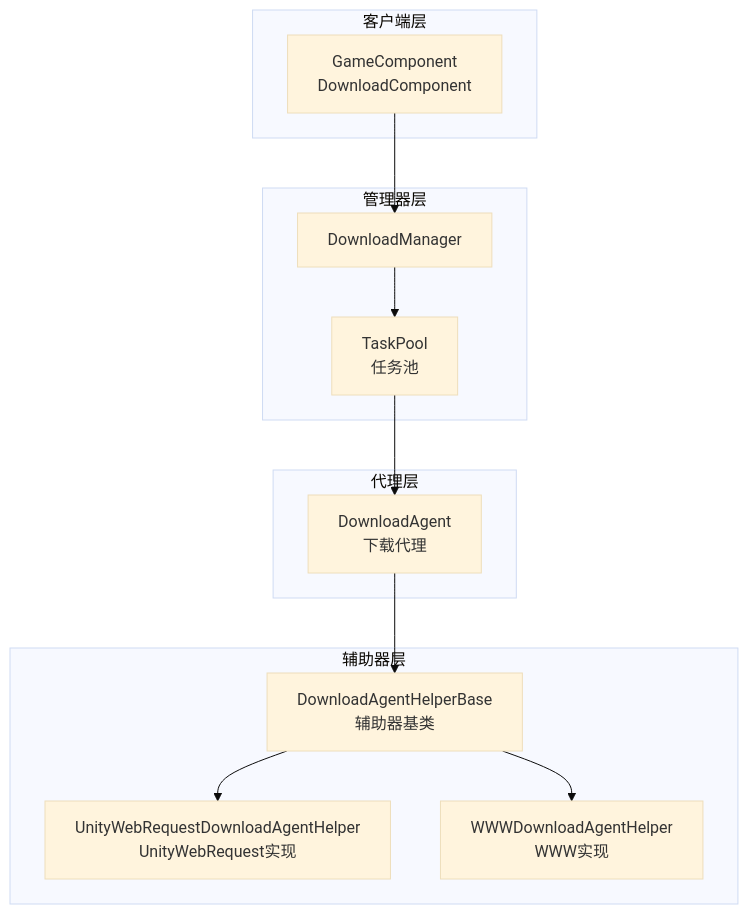
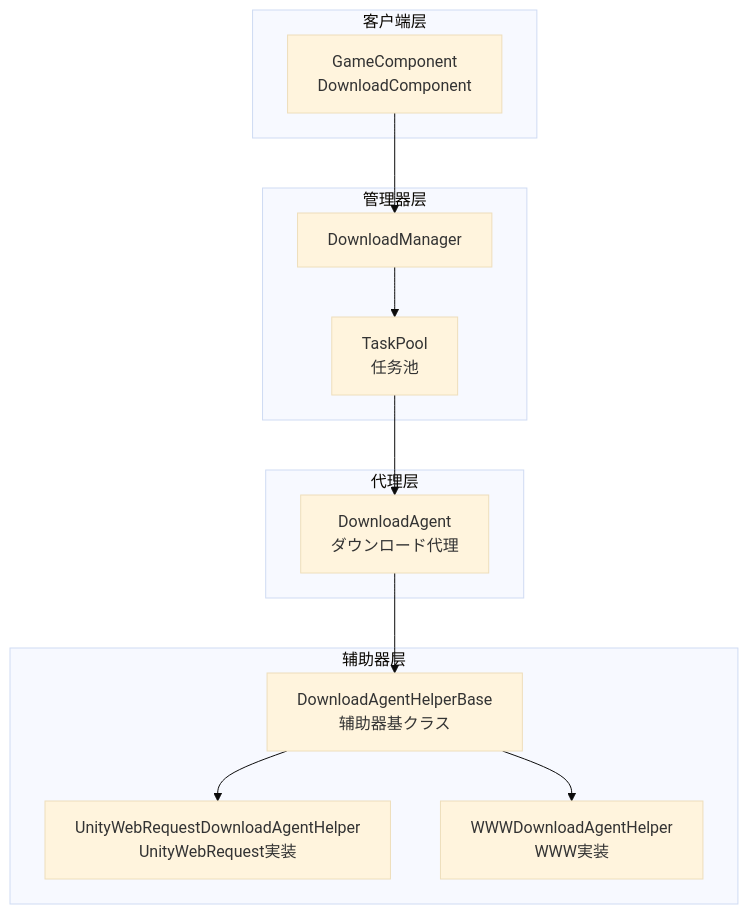
The first of 5 diagrams in docs/ja/client/unity/component/download/05.architecture.md (AlianBlank/GameFrameX.Docs), drawn with Mermaid (base theme) before and after one commit. The commit also changed other lines of this file and 603 other files, not shown here.

````diff
--- a/docs/ja/client/unity/component/download/05.architecture.md
+++ b/docs/ja/client/unity/component/download/05.architecture.md
@@ -20,28 +20,28 @@
 ```mermaid
 flowchart TD
     subgraph ClientLayer["客户端层"]
         GC[GameComponent<br/>DownloadComponent]
     end
 
     subgraph ManagerLayer["管理器层"]
         DM[DownloadManager]
         TP[TaskPool<br/>任务池]
     end
 
     subgraph AgentLayer["代理层"]
-        DA[DownloadAgent<br/>下载代理]
+        DA[DownloadAgent<br/>ダウンロード代理]
     end
 
     subgraph HelperLayer["辅助器层"]
-        HB[DownloadAgentHelperBase<br/>辅助器基类]
-        UWRA[UnityWebRequestDownloadAgentHelper<br/>UnityWebRequest实现]
-        WWW[WWWDownloadAgentHelper<br/>WWW实现]
+        HB[DownloadAgentHelperBase<br/>辅助器基クラス]
+        UWRA[UnityWebRequestDownloadAgentHelper<br/>UnityWebRequest実装]
+        WWW[WWWDownloadAgentHelper<br/>WWW実装]
     end
 
     GC --> DM
     DM --> TP
     TP --> DA
     DA --> HB
     HB --> UWRA
     HB --> WWW
 ```
````
